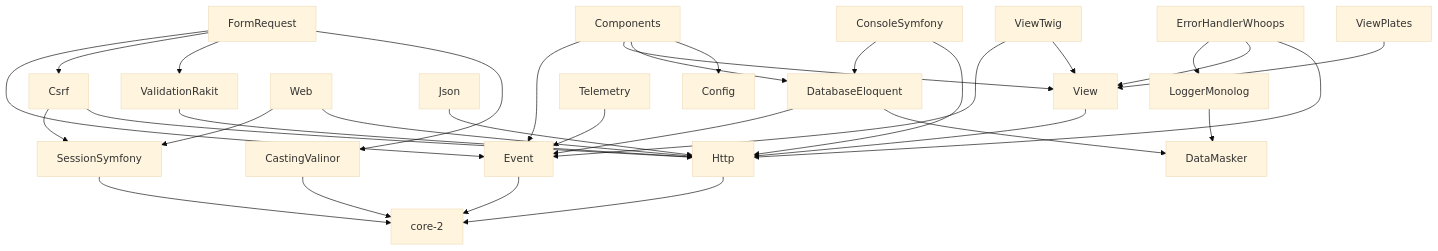
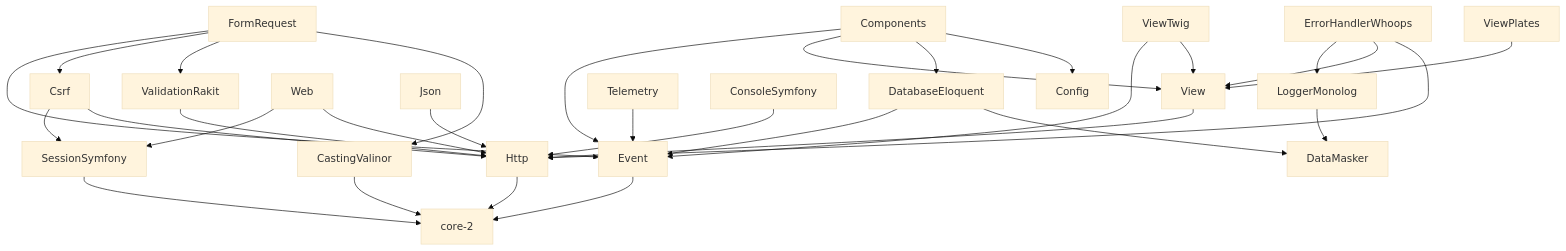
The diagram in src/Extensions/DEPENDENCIES.md (OlegGin/concept-skeleton-dev-2), drawn with Mermaid (base theme) before and after one commit. The commit also changed other lines of this file and 14 other files, not shown here.

Commit message:
Moved database commands to DatabaseEloquent and removed dependency from ConsoleSymfony

````diff
--- a/src/Extensions/DEPENDENCIES.md
+++ b/src/Extensions/DEPENDENCIES.md
@@ -42,36 +42,35 @@
 ```mermaid
 flowchart TD
     core[core-2]
 
     Http --> core
     Event --> core
     CastingValinor --> core
     SessionSymfony --> core
     ValidationRakit --> Http
     View --> Http
     ViewPlates --> View
     ViewTwig --> View
     ViewTwig --> Event
     Csrf --> Http
     Csrf --> SessionSymfony
     Web --> Http
     Web --> SessionSymfony
     Json --> Http
     FormRequest --> CastingValinor
     FormRequest --> ValidationRakit
     FormRequest --> Csrf
     FormRequest --> Event
     DatabaseEloquent --> DataMasker
     DatabaseEloquent --> Event
     LoggerMonolog --> DataMasker
     ErrorHandlerWhoops --> Http
     ErrorHandlerWhoops --> View
     ErrorHandlerWhoops --> LoggerMonolog
     Telemetry --> Event
     ConsoleSymfony --> Http
-    ConsoleSymfony --> DatabaseEloquent
     Components --> Config
     Components --> DatabaseEloquent
     Components --> View
     Components --> Event
 ```
````
